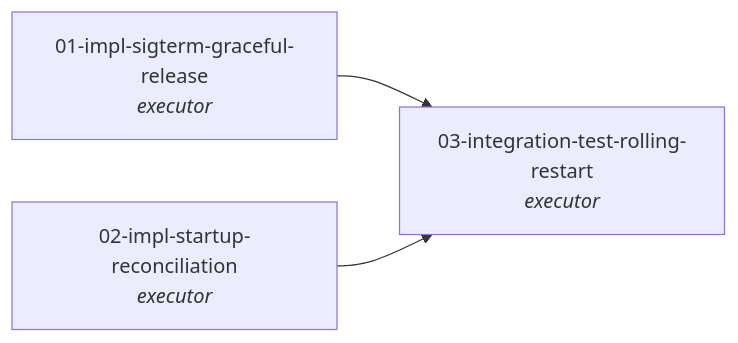
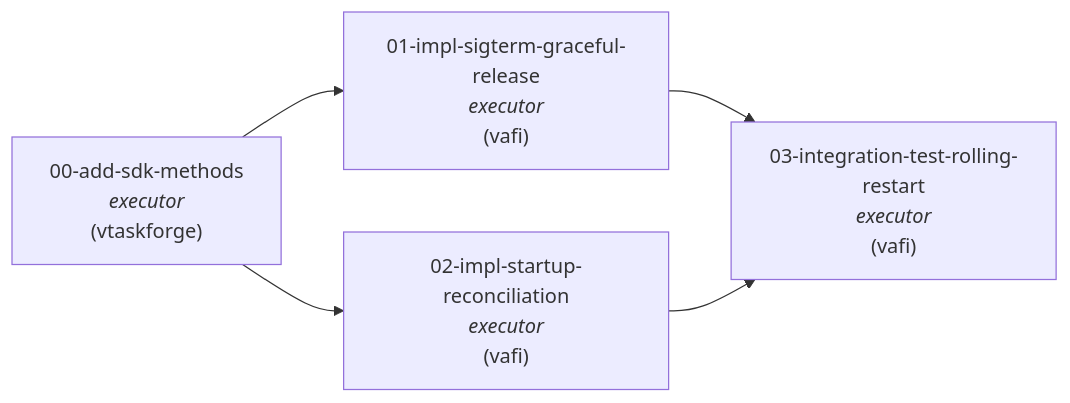
One commit to viloforge-projects/vafi changed the diagram in workgraphs/vafi-rolling-restart-fix/workgraph.md. Above: the diagram before and after it, drawn with Mermaid. The commit also changed other lines of this file and 4 other files, not shown here.

First line of the commit message:
spec-author(T0+T1) + architect walk-back: cross-repo scope discovered

````diff
--- a/workgraphs/vafi-rolling-restart-fix/workgraph.md
+++ b/workgraphs/vafi-rolling-restart-fix/workgraph.md
@@ -36,9 +37,12 @@
 ```mermaid
 flowchart LR
-    T1["01-impl-sigterm-graceful-release<br/><i>executor</i>"]
-    T2["02-impl-startup-reconciliation<br/><i>executor</i>"]
-    T3["03-integration-test-rolling-restart<br/><i>executor</i>"]
+    T0["00-add-sdk-methods<br/><i>executor</i><br/>(vtaskforge)"]
+    T1["01-impl-sigterm-graceful-release<br/><i>executor</i><br/>(vafi)"]
+    T2["02-impl-startup-reconciliation<br/><i>executor</i><br/>(vafi)"]
+    T3["03-integration-test-rolling-restart<br/><i>executor</i><br/>(vafi)"]
 
+    T0 --> T1
+    T0 --> T2
     T1 --> T3
     T2 --> T3
 ```
````
